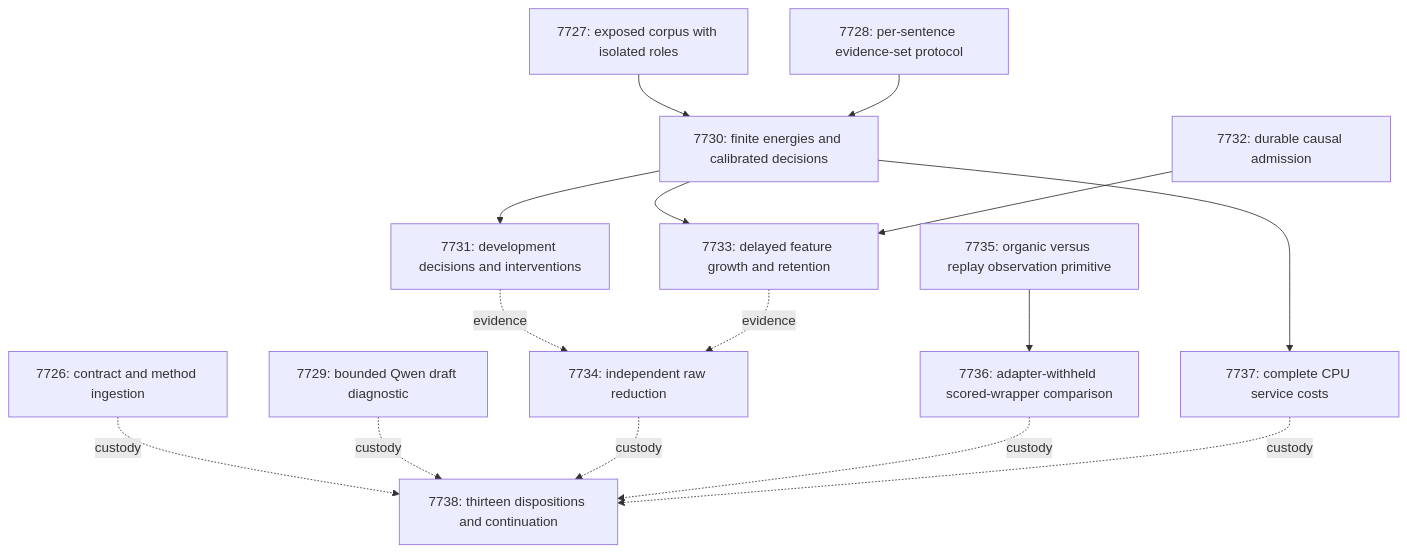
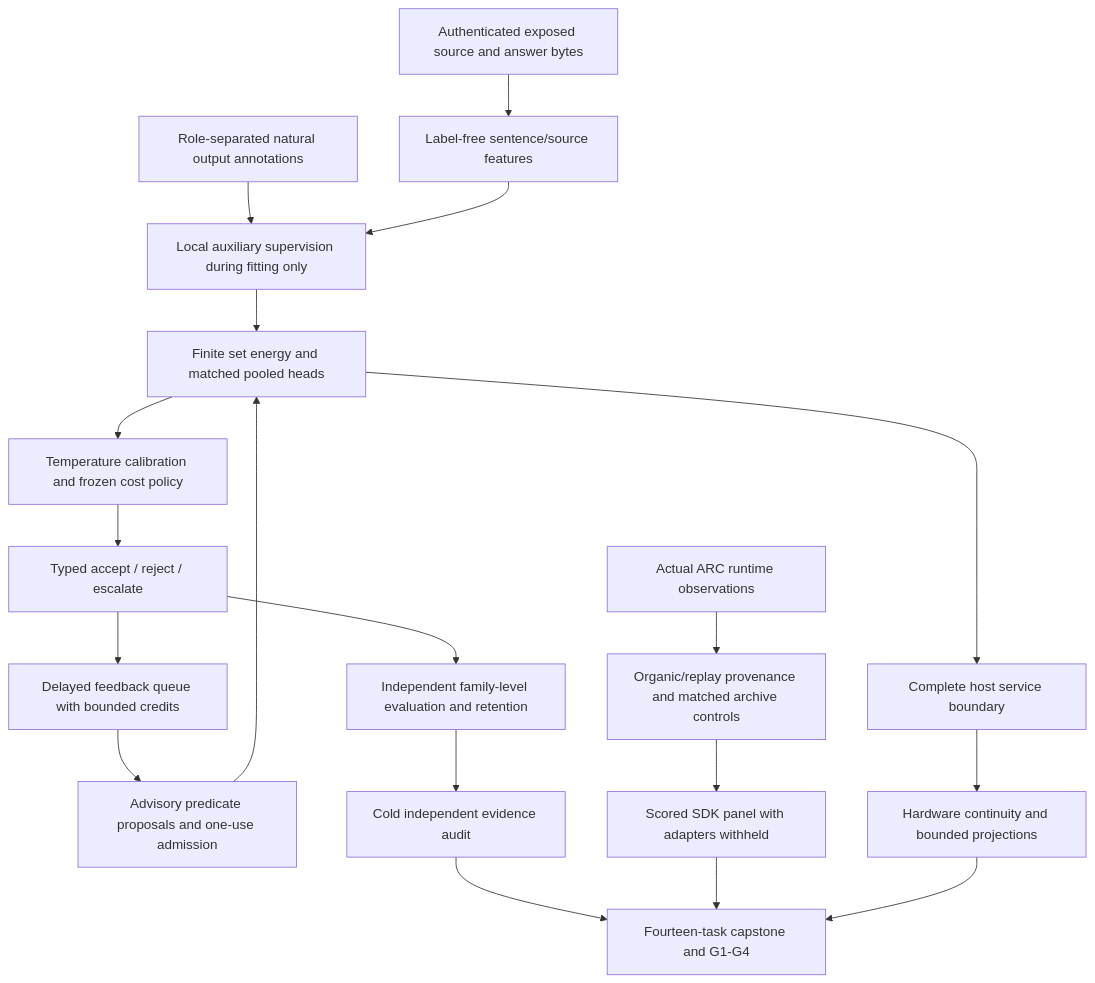
Before and after one commit to Carnot-EBM/carnot-ebm: the first of 2 diagrams in openspec/change-proposals/research-roadmap-vNEXT.md, drawn with Mermaid. The commit also changed other lines of this file and 13 other files, not shown here.

````diff
--- a/openspec/change-proposals/research-roadmap-vNEXT.md
+++ b/openspec/change-proposals/research-roadmap-vNEXT.md
@@ -98,30 +78,21 @@
 ```mermaid
 flowchart TD
-    C[7726: contract and method ingestion]
-    D[7727: exposed corpus with isolated roles]
-    P[7728: per-sentence evidence-set protocol]
-    Q[7729: bounded Qwen draft diagnostic]
-    F[7730: finite energies and calibrated decisions]
-    E[7731: development decisions and interventions]
-    B[7732: durable causal admission]
-    L[7733: delayed feature growth and retention]
-    A[7734: independent raw reduction]
-    R[7735: organic versus replay observation primitive]
-    G[7736: adapter-withheld scored-wrapper comparison]
-    T[7737: complete CPU service costs]
-    K[7738: thirteen dispositions and continuation]
-    D --> F
-    P --> F
-    F --> E
-    F --> L
-    B --> L
-    E -. evidence .-> A
-    L -. evidence .-> A
-    R --> G
-    F --> T
-    C -. custody .-> K
-    Q -. custody .-> K
-    A -. custody .-> K
-    G -. custody .-> K
-    T -. custody .-> K
+    A[Authenticated exposed source and answer bytes] --> B[Label-free sentence/source features]
+    L[Role-separated natural output annotations] --> T[Local auxiliary supervision during fitting only]
+    B --> T
+    T --> E[Finite set energy and matched pooled heads]
+    E --> C[Temperature calibration and frozen cost policy]
+    C --> D[Typed accept / reject / escalate]
+    D --> Q[Delayed feedback queue with bounded credits]
+    Q --> K[Advisory predicate proposals and one-use admission]
+    K --> E
+    D --> V[Independent family-level evaluation and retention]
+    V --> I[Cold independent evidence audit]
+    X[Actual ARC runtime observations] --> O[Organic/replay provenance and matched archive controls]
+    O --> R[Scored SDK panel with adapters withheld]
+    E --> S[Complete host service boundary]
+    S --> H[Hardware continuity and bounded projections]
+    I --> Z[Fourteen-task capstone and G1-G4]
+    R --> Z
+    H --> Z
 ```
````
